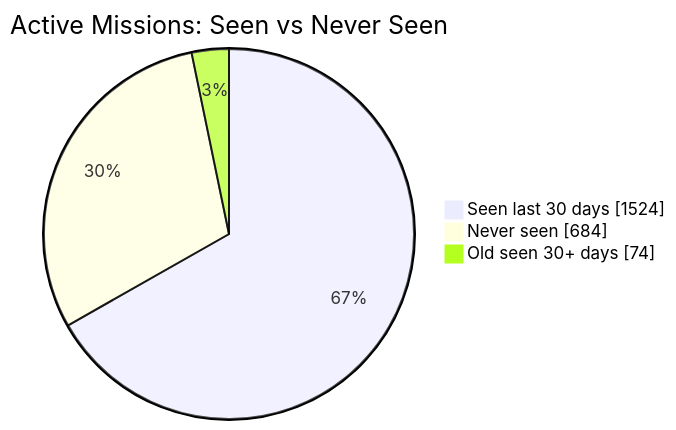
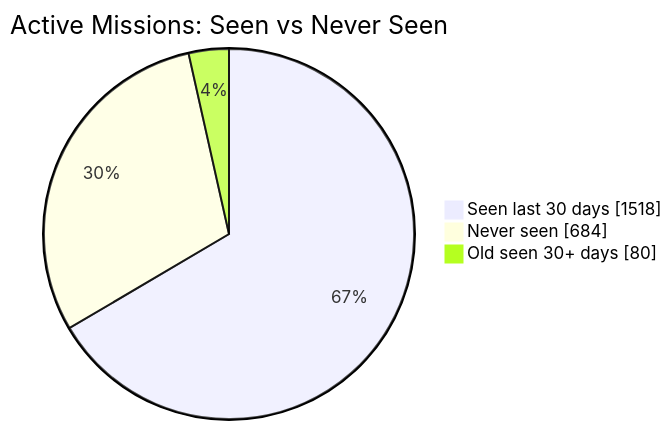
Before and after one commit to MeldkamerspelGameTeam/active-missions: the first of 2 diagrams in README.md, drawn with Mermaid. The commit also changed other lines of this file and 2 other files, not shown here.

````diff
--- a/README.md
+++ b/README.md
@@ -34,7 +34,7 @@
 ```mermaid
 pie showData
     title Active Missions: Seen vs Never Seen
-    "Seen last 30 days" : 1524
+    "Seen last 30 days" : 1518
     "Never seen" : 684
-    "Old seen 30+ days" : 74
+    "Old seen 30+ days" : 80
 ```
````
